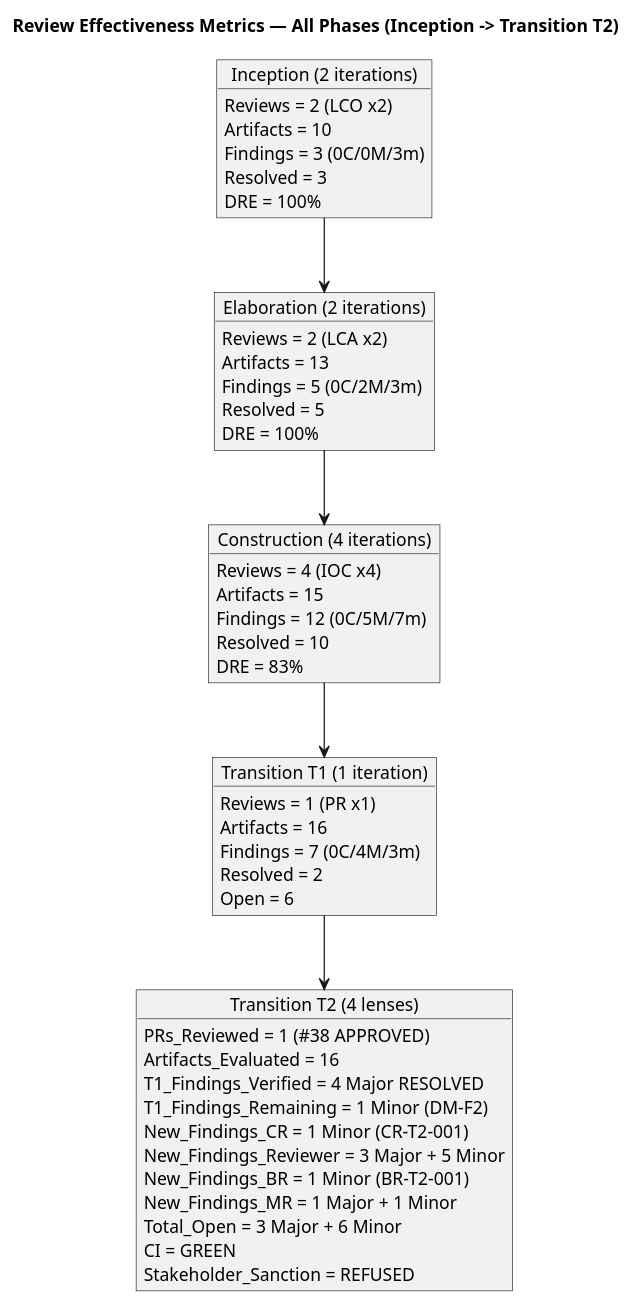
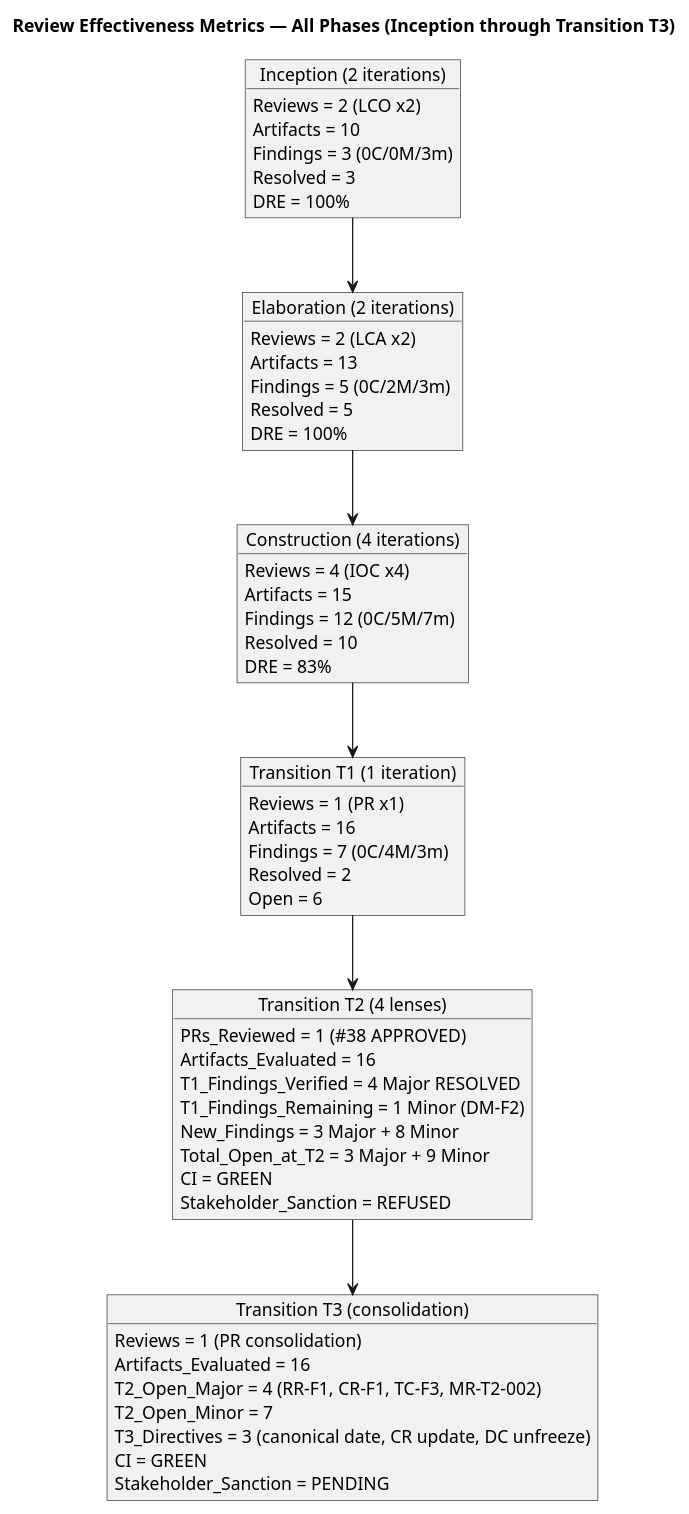
One commit to banense-test/portal-cuba-corp changed the third of 7 diagrams in docs/artifacts/project-management/review-record.md. Above: the diagram before and after it, drawn with PlantUML. The commit also changed other lines of this file, not shown here.

Commit message:
Review Coordinator [T2]: upsert Review Record
[skip ci]

````diff
--- a/docs/artifacts/project-management/review-record.md
+++ b/docs/artifacts/project-management/review-record.md
@@ -381,62 +380,70 @@
 ```plantuml
 @startuml
-title Review Effectiveness Metrics — All Phases (Inception -> Transition T2)
+title Review Effectiveness Metrics — All Phases (Inception through Transition T3)
 
 skinparam classAttributeIconSize 0
 skinparam classBackgroundColor #F0F4FF
 skinparam classBorderColor #336699
 skinparam shadowing false
 
 object "Inception (2 iterations)" as INC {
   Reviews = 2 (LCO x2)
   Artifacts = 10
   Findings = 3 (0C/0M/3m)
   Resolved = 3
   DRE = 100%
 }
 
 object "Elaboration (2 iterations)" as ELA {
   Reviews = 2 (LCA x2)
   Artifacts = 13
   Findings = 5 (0C/2M/3m)
   Resolved = 5
   DRE = 100%
 }
 
 object "Construction (4 iterations)" as CON {
   Reviews = 4 (IOC x4)
   Artifacts = 15
   Findings = 12 (0C/5M/7m)
   Resolved = 10
   DRE = 83%
 }
 
 object "Transition T1 (1 iteration)" as TRA1 {
   Reviews = 1 (PR x1)
   Artifacts = 16
   Findings = 7 (0C/4M/3m)
   Resolved = 2
   Open = 6
 }
 
 object "Transition T2 (4 lenses)" as TRA2 {
   PRs_Reviewed = 1 (#38 APPROVED)
   Artifacts_Evaluated = 16
   T1_Findings_Verified = 4 Major RESOLVED
   T1_Findings_Remaining = 1 Minor (DM-F2)
-  New_Findings_CR = 1 Minor (CR-T2-001)
-  New_Findings_Reviewer = 3 Major + 5 Minor
-  New_Findings_BR = 1 Minor (BR-T2-001)
-  New_Findings_MR = 1 Major + 1 Minor
-  Total_Open = 3 Major + 6 Minor
+  New_Findings = 3 Major + 8 Minor
+  Total_Open_at_T2 = 3 Major + 9 Minor
   CI = GREEN
   Stakeholder_Sanction = REFUSED
+}
+
+object "Transition T3 (consolidation)" as TRA3 {
+  Reviews = 1 (PR consolidation)
+  Artifacts_Evaluated = 16
+  T2_Open_Major = 4 (RR-F1, CR-F1, TC-F3, MR-T2-002)
+  T2_Open_Minor = 7
+  T3_Directives = 3 (canonical date, CR update, DC unfreeze)
+  CI = GREEN
+  Stakeholder_Sanction = PENDING
 }
 
 INC --> ELA
 ELA --> CON
 CON --> TRA1
 TRA1 --> TRA2
+TRA2 --> TRA3
 
 @enduml
 ```
````
